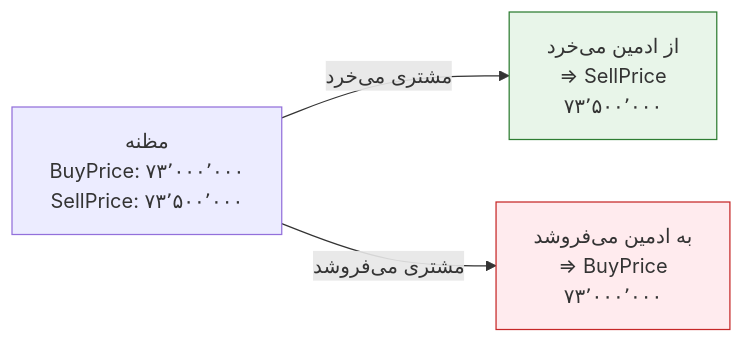
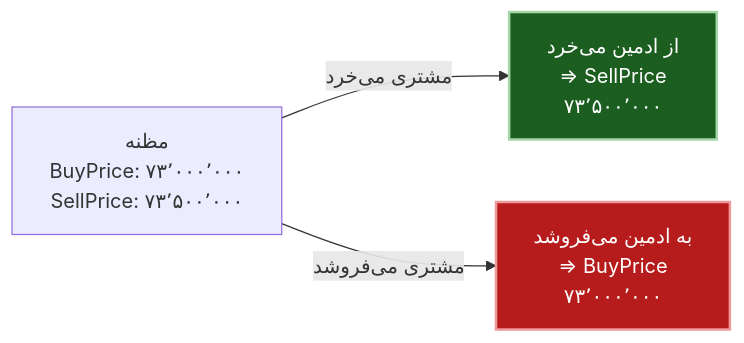
Before and after one commit to MohKardan/TallaEgg: the fourth of 6 diagrams in docs/architecture/DEALER_QUOTE_MODEL.md, drawn with Mermaid. The commit also changed other lines of this file, not shown here.

First line of the commit message:
docs(#48): make the diagram text readable in both light and dark themes

````diff
--- a/docs/architecture/DEALER_QUOTE_MODEL.md
+++ b/docs/architecture/DEALER_QUOTE_MODEL.md
@@ -141,10 +140,10 @@
 ```mermaid
 flowchart LR
     Q["مظنه<br/>BuyPrice: ۷۳٬۰۰۰٬۰۰۰<br/>SellPrice: ۷۳٬۵۰۰٬۰۰۰"]
 
     Q -->|"مشتری می‌خرد"| B["از ادمین می‌خرد<br/>⇒ SellPrice<br/>۷۳٬۵۰۰٬۰۰۰"]
     Q -->|"مشتری می‌فروشد"| S["به ادمین می‌فروشد<br/>⇒ BuyPrice<br/>۷۳٬۰۰۰٬۰۰۰"]
 
-    style B fill:#e8f5e9,stroke:#2e7d32
-    style S fill:#ffebee,stroke:#c62828
+    style B fill:#1b5e20,color:#ffffff,stroke:#a5d6a7,stroke-width:2px
+    style S fill:#b71c1c,color:#ffffff,stroke:#ef9a9a,stroke-width:2px
 ```
````
